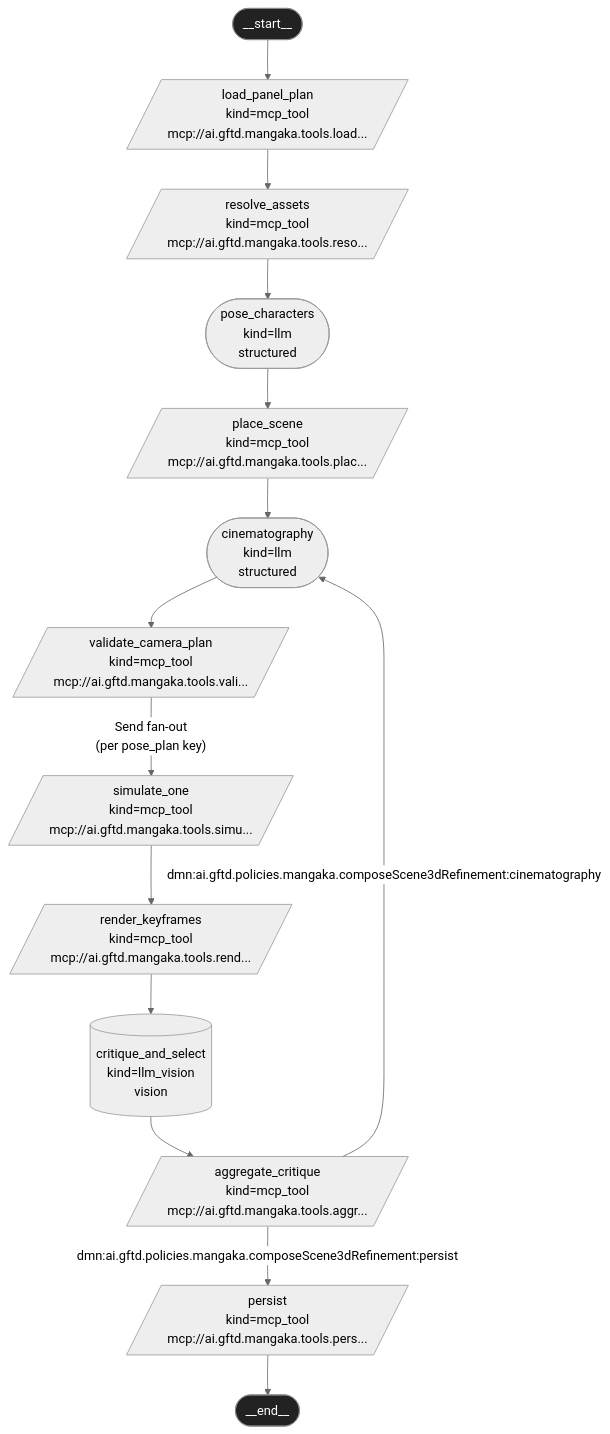
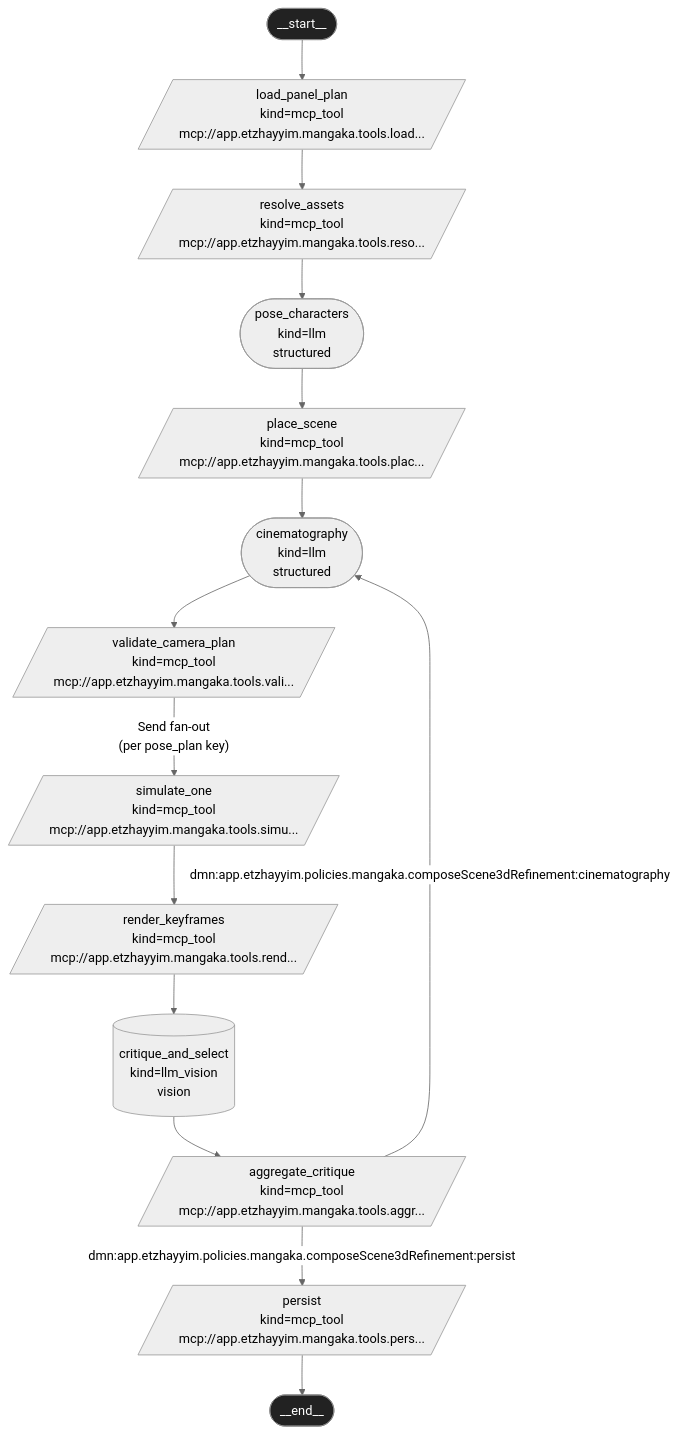
Before and after one commit to etzhayyim/root: the diagram in 60-apps/ai-gftd-project-mangaka/lg/scripts/demo_outputs/topology.mermaid.md, drawn with Mermaid (neutral theme). The commit also changed 11259 other files, not shown here.

````diff
--- a/60-apps/ai-gftd-project-mangaka/lg/scripts/demo_outputs/topology.mermaid.md
+++ b/60-apps/ai-gftd-project-mangaka/lg/scripts/demo_outputs/topology.mermaid.md
@@ -1,30 +1,30 @@
 ```mermaid
 flowchart TD
     START([__start__]):::start
-    load_panel_plan[/"load_panel_plan<br/>kind=mcp_tool<br/>mcp://ai.gftd.mangaka.tools.load..."/]
-    resolve_assets[/"resolve_assets<br/>kind=mcp_tool<br/>mcp://ai.gftd.mangaka.tools.reso..."/]
+    load_panel_plan[/"load_panel_plan<br/>kind=mcp_tool<br/>mcp://app.etzhayyim.mangaka.tools.load..."/]
+    resolve_assets[/"resolve_assets<br/>kind=mcp_tool<br/>mcp://app.etzhayyim.mangaka.tools.reso..."/]
     pose_characters(["pose_characters<br/>kind=llm<br/>structured"])
-    place_scene[/"place_scene<br/>kind=mcp_tool<br/>mcp://ai.gftd.mangaka.tools.plac..."/]
+    place_scene[/"place_scene<br/>kind=mcp_tool<br/>mcp://app.etzhayyim.mangaka.tools.plac..."/]
     cinematography(["cinematography<br/>kind=llm<br/>structured"])
-    validate_camera_plan[/"validate_camera_plan<br/>kind=mcp_tool<br/>mcp://ai.gftd.mangaka.tools.vali..."/]
-    simulate_one[/"simulate_one<br/>kind=mcp_tool<br/>mcp://ai.gftd.mangaka.tools.simu..."/]
-    render_keyframes[/"render_keyframes<br/>kind=mcp_tool<br/>mcp://ai.gftd.mangaka.tools.rend..."/]
+    validate_camera_plan[/"validate_camera_plan<br/>kind=mcp_tool<br/>mcp://app.etzhayyim.mangaka.tools.vali..."/]
+    simulate_one[/"simulate_one<br/>kind=mcp_tool<br/>mcp://app.etzhayyim.mangaka.tools.simu..."/]
+    render_keyframes[/"render_keyframes<br/>kind=mcp_tool<br/>mcp://app.etzhayyim.mangaka.tools.rend..."/]
     critique_and_select[("critique_and_select<br/>kind=llm_vision<br/>vision")]
-    aggregate_critique[/"aggregate_critique<br/>kind=mcp_tool<br/>mcp://ai.gftd.mangaka.tools.aggr..."/]
-    persist[/"persist<br/>kind=mcp_tool<br/>mcp://ai.gftd.mangaka.tools.pers..."/]
+    aggregate_critique[/"aggregate_critique<br/>kind=mcp_tool<br/>mcp://app.etzhayyim.mangaka.tools.aggr..."/]
+    persist[/"persist<br/>kind=mcp_tool<br/>mcp://app.etzhayyim.mangaka.tools.pers..."/]
     END([__end__]):::start
     START --> load_panel_plan
     load_panel_plan --> resolve_assets
     resolve_assets --> pose_characters
     pose_characters --> place_scene
     place_scene --> cinematography
     cinematography --> validate_camera_plan
     simulate_one --> render_keyframes
     render_keyframes --> critique_and_select
     critique_and_select --> aggregate_critique
     persist --> END
     validate_camera_plan -- "Send fan-out<br/>(per pose_plan key)" --> simulate_one
-    aggregate_critique -- "dmn:ai.gftd.policies.mangaka.composeScene3dRefinement:cinematography" --> cinematography
-    aggregate_critique -- "dmn:ai.gftd.policies.mangaka.composeScene3dRefinement:persist" --> persist
+    aggregate_critique -- "dmn:app.etzhayyim.policies.mangaka.composeScene3dRefinement:cinematography" --> cinematography
+    aggregate_critique -- "dmn:app.etzhayyim.policies.mangaka.composeScene3dRefinement:persist" --> persist
     classDef start fill:#222,stroke:#888,color:#fff
 ```
````
